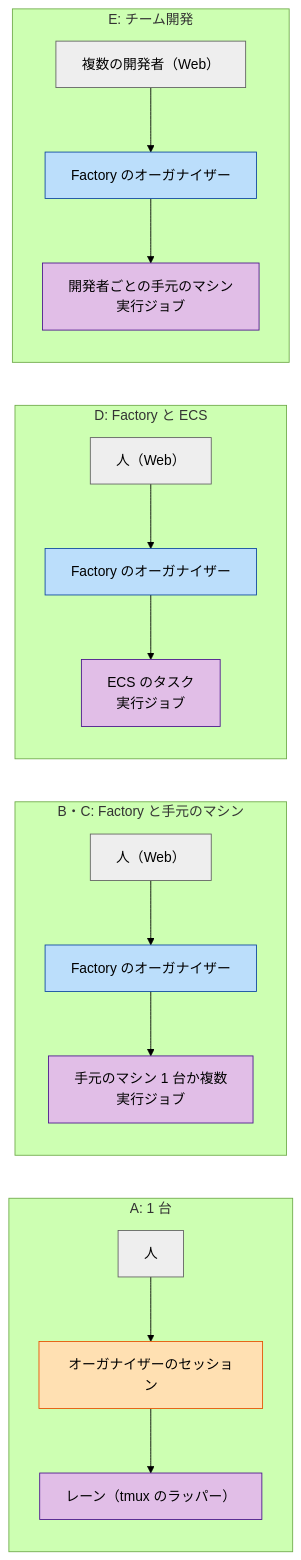
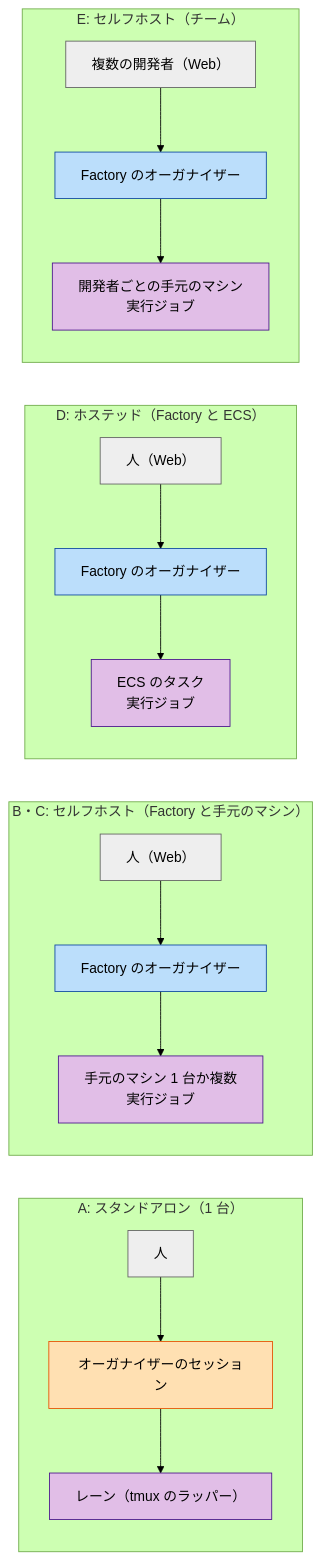
The fourth of 4 diagrams in docs/ndf-parallel-model.md (devbasex/ai-plugins), drawn with Mermaid (forest theme) before and after one commit. The commit also changed other lines of this file, not shown here.

First line of the commit message:
Docs: 実行の形 A〜E に名前を付ける（スタンドアロン・セルフホスト・ホステッド）

````diff
--- a/docs/ndf-parallel-model.md
+++ b/docs/ndf-parallel-model.md
@@ -170,23 +170,23 @@
 ```mermaid
 flowchart LR
-    subgraph A["A: 1 台"]
+    subgraph A["A: スタンドアロン（1 台）"]
         A1["人"] --> A2["オーガナイザーのセッション"] --> A3["レーン（tmux のラッパー）"]
     end
-    subgraph B["B・C: Factory と手元のマシン"]
+    subgraph B["B・C: セルフホスト（Factory と手元のマシン）"]
         B1["人（Web）"] --> B2["Factory のオーガナイザー"] --> B3["手元のマシン 1 台か複数<br/>実行ジョブ"]
     end
-    subgraph D["D: Factory と ECS"]
+    subgraph D["D: ホステッド（Factory と ECS）"]
         D1["人（Web）"] --> D2["Factory のオーガナイザー"] --> D3["ECS のタスク<br/>実行ジョブ"]
     end
-    subgraph E["E: チーム開発"]
+    subgraph E["E: セルフホスト（チーム）"]
         E1["複数の開発者（Web）"] --> E2["Factory のオーガナイザー"] --> E3["開発者ごとの手元のマシン<br/>実行ジョブ"]
     end
     classDef ai fill:#ffe0b2,stroke:#e65100,color:#000
     classDef script fill:#bbdefb,stroke:#0d47a1,color:#000
     classDef mixed fill:#e1bee7,stroke:#4a148c,color:#000
     classDef other fill:#eeeeee,stroke:#616161,color:#000
     class A2 ai
     class B2,D2,E2 script
     class A3,B3,D3,E3 mixed
     class A1,B1,D1,E1 other
 ```
````
